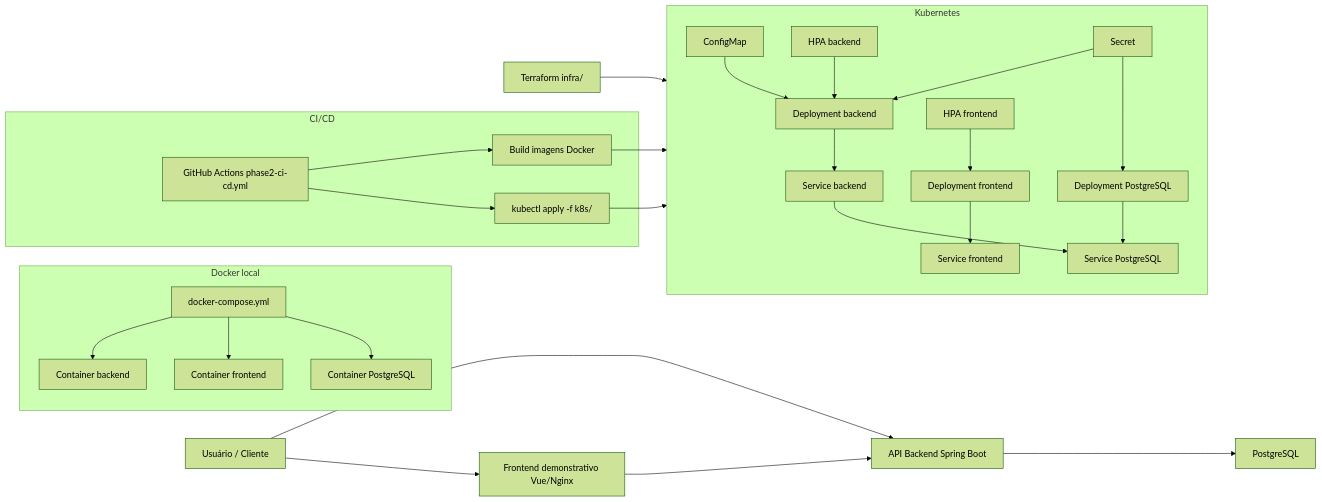
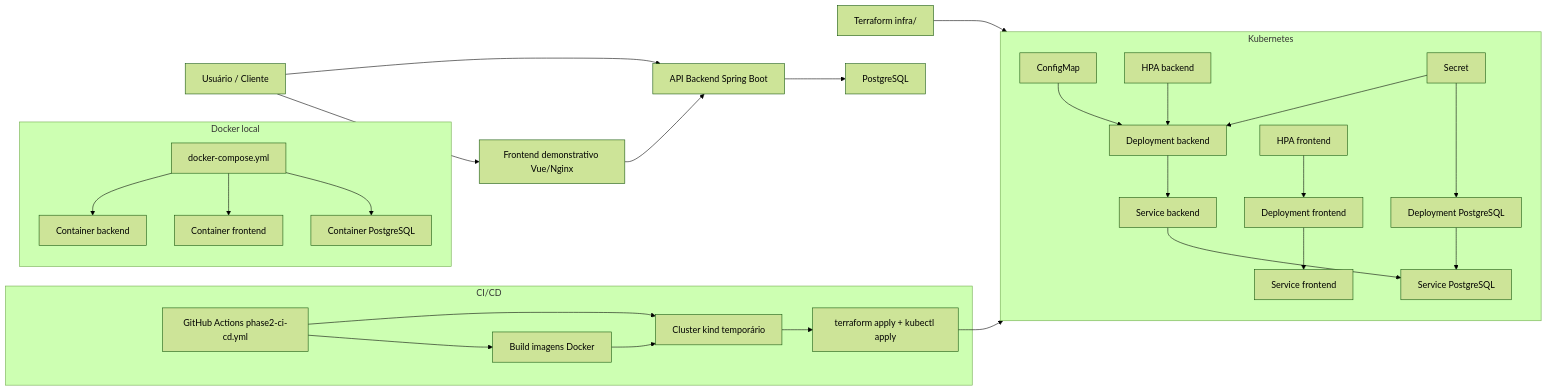
The diagram in README.md (yxsbx/SOAT-FIAP), drawn with Mermaid (forest theme) before and after one commit. The commit also changed other lines of this file and 13 other files, not shown here.

````diff
--- a/README.md
+++ b/README.md
@@ -97,46 +103,47 @@
 ```mermaid
 flowchart LR
     user["Usuário / Cliente"] --> frontend["Frontend demonstrativo Vue/Nginx"]
     user --> api["API Backend Spring Boot"]
     frontend --> api
     api --> postgres["PostgreSQL"]
 
     subgraph docker["Docker local"]
         compose["docker-compose.yml"]
         compose --> appContainer["Container backend"]
         compose --> webContainer["Container frontend"]
         compose --> dbContainer["Container PostgreSQL"]
     end
 
     subgraph k8sCluster["Kubernetes"]
         cm["ConfigMap"]
         secret["Secret"]
         hpaApi["HPA backend"]
         hpaWeb["HPA frontend"]
         deployApi["Deployment backend"]
         deployWeb["Deployment frontend"]
         deployDb["Deployment PostgreSQL"]
         svcApi["Service backend"]
         svcWeb["Service frontend"]
         svcDb["Service PostgreSQL"]
         hpaApi --> deployApi
         hpaWeb --> deployWeb
         cm --> deployApi
         secret --> deployApi
         secret --> deployDb
         deployApi --> svcApi
         deployWeb --> svcWeb
         deployDb --> svcDb
         svcApi --> svcDb
     end
 
     subgraph cicd["CI/CD"]
         pipeline["GitHub Actions phase2-ci-cd.yml"]
         pipeline --> images["Build imagens Docker"]
-        pipeline --> apply["kubectl apply -f k8s/"]
+        pipeline --> kind["Cluster kind temporário"]
+        kind --> apply["terraform apply + kubectl apply"]
     end
 
     terraform["Terraform infra/"] --> k8sCluster
-    images --> k8sCluster
+    images --> kind
     apply --> k8sCluster
 ```
````
